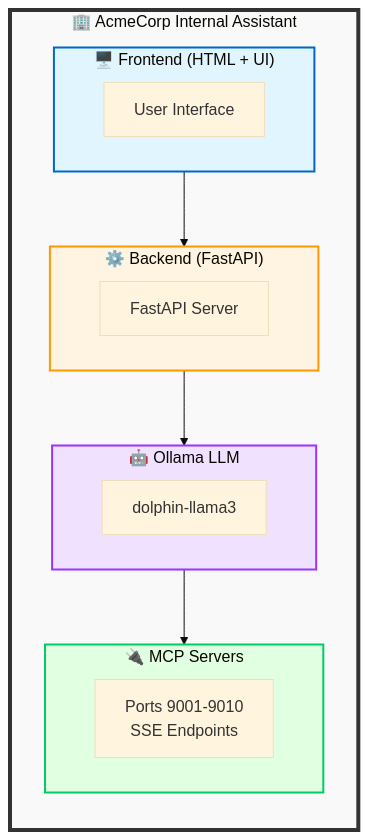
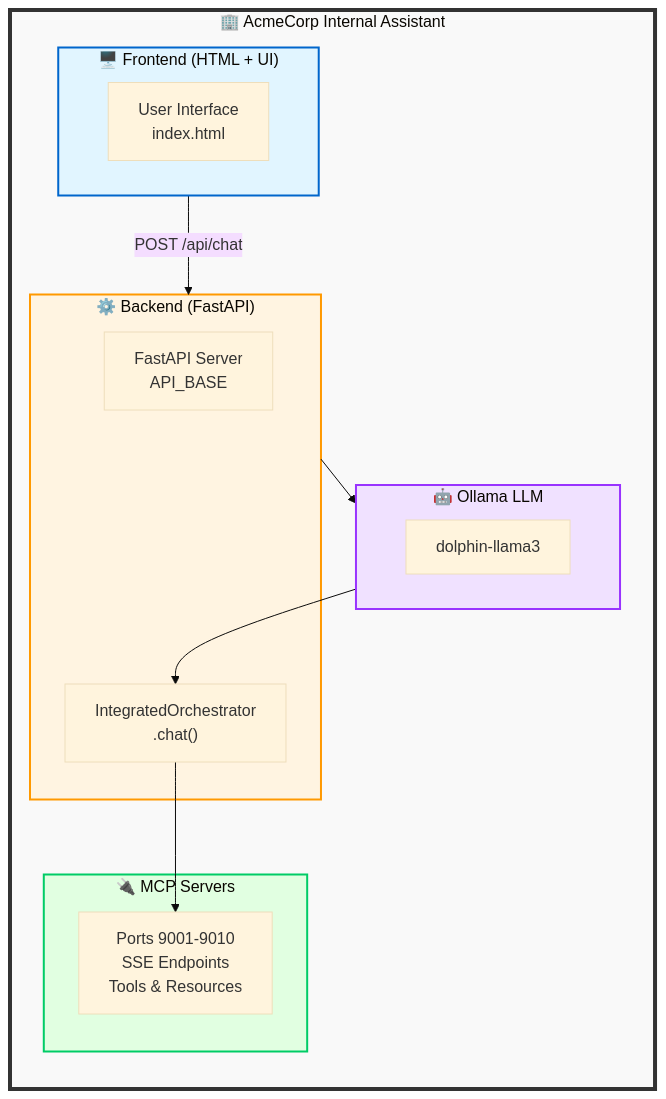
One commit to chandutharun/acmecorp changed the first of 2 diagrams in README.md. Above: the diagram before and after it, drawn with Mermaid (base theme). The commit also changed other lines of this file, not shown here.

````diff
--- a/README.md
+++ b/README.md
@@ -128,32 +128,34 @@
 ```mermaid
 flowchart TD
     subgraph AcmeCorp["🏢 AcmeCorp Internal Assistant"]
         direction TB
         
         subgraph Frontend["🖥️ Frontend (HTML + UI)"]
-            A["User Interface"]
+            A["User Interface<br/>index.html"]
         end
         
         subgraph Backend["⚙️ Backend (FastAPI)"]
-            B["FastAPI Server"]
+            B["FastAPI Server<br/>API_BASE"]
+            C["IntegratedOrchestrator<br/>.chat()"]
         end
         
         subgraph LLM["🤖 Ollama LLM"]
-            C["dolphin-llama3"]
+            D["dolphin-llama3"]
         end
         
         subgraph MCP["🔌 MCP Servers"]
-            D["Ports 9001-9010<br/>SSE Endpoints"]
+            E["Ports 9001-9010<br/>SSE Endpoints<br/>Tools & Resources"]
         end
         
-        Frontend --> Backend
+        Frontend -->|"POST /api/chat"| Backend
         Backend --> LLM
-        LLM --> MCP
+        LLM --> C
+        C --> E
     end
     
     style AcmeCorp fill:#f9f9f9,stroke:#333,stroke-width:4px
     style Frontend fill:#e1f5ff,stroke:#0066cc,stroke-width:2px
     style Backend fill:#fff4e1,stroke:#ff9900,stroke-width:2px
     style LLM fill:#f0e1ff,stroke:#9933ff,stroke-width:2px
     style MCP fill:#e1ffe1,stroke:#00cc66,stroke-width:2px
 ```
````
